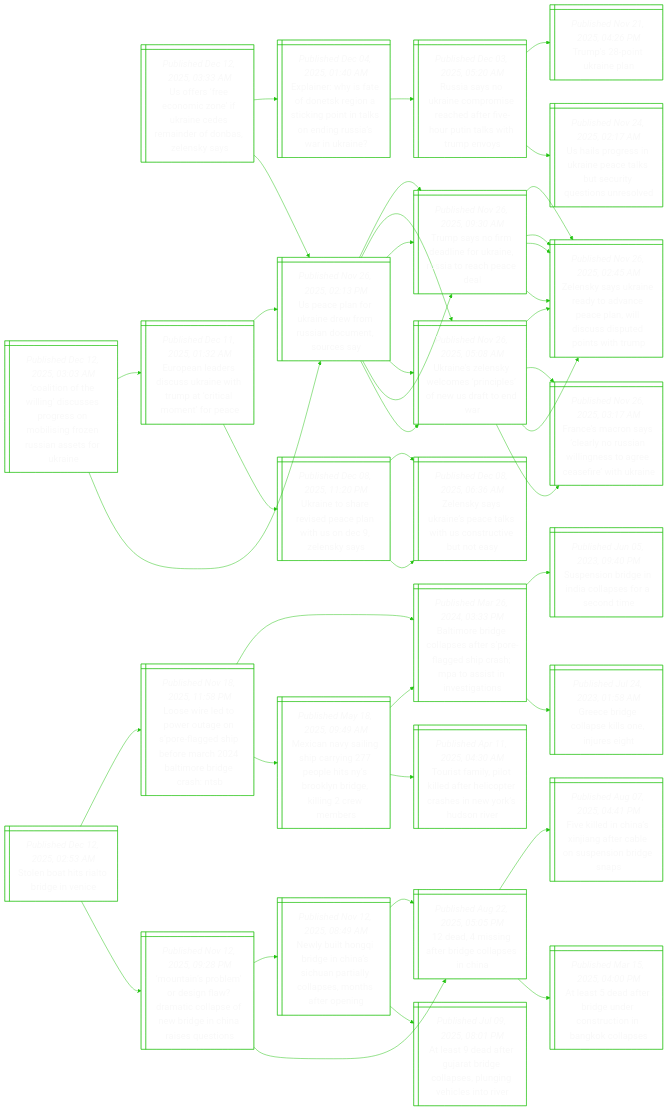
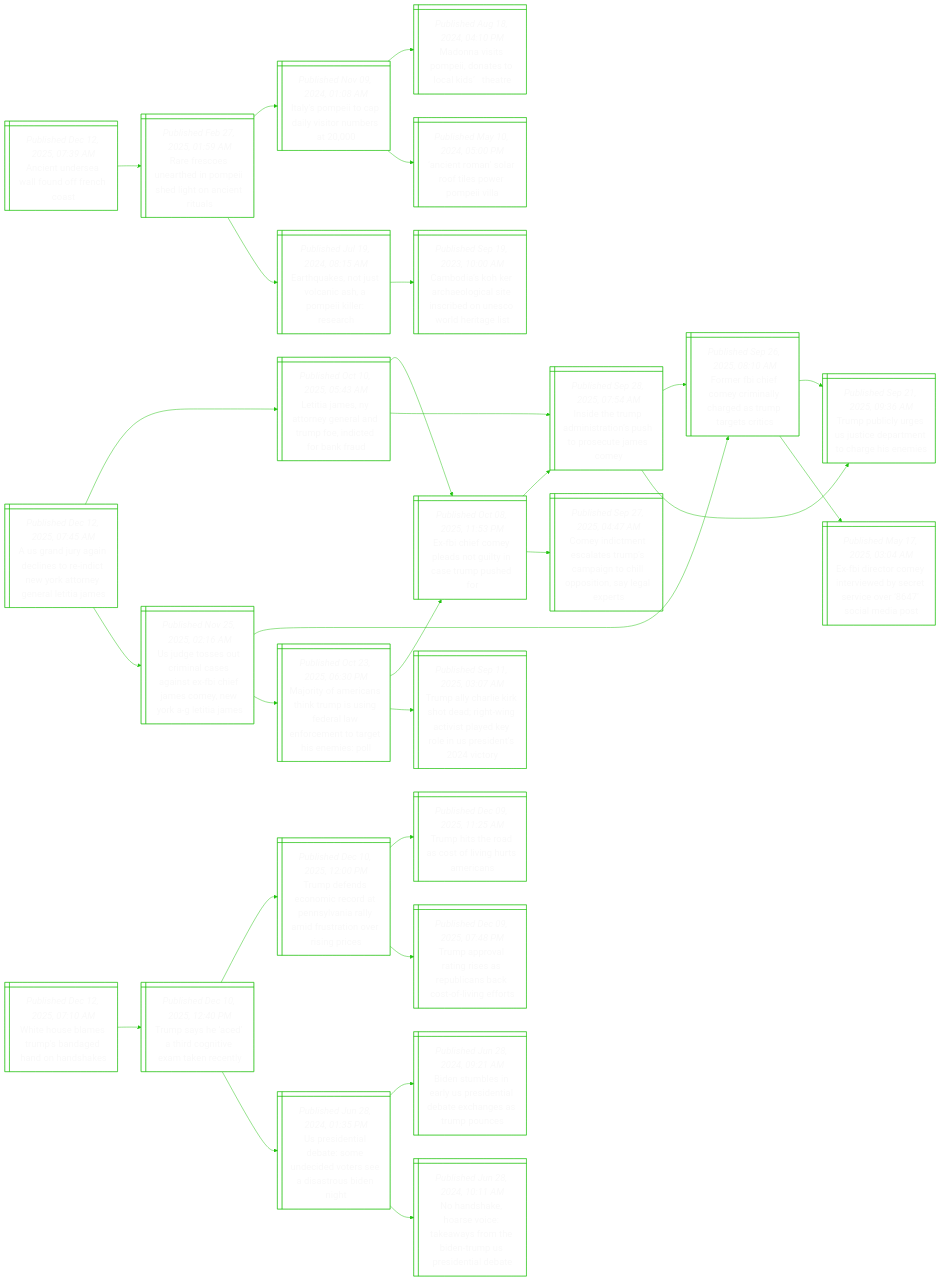
Before and after one commit to notJmes/notJmes: the diagram in README.md, drawn with Mermaid. The commit also changed other lines of this file, not shown here.

````diff
--- a/README.md
+++ b/README.md
@@ -16,133 +16,97 @@
 flowchart LR
 classDef txtsize font-size:20px;
 
-UeenzfidmeoZsy@{ shape: win-pane, label: "_Published Dec 12, 2025, 03:33 AM_
-Us offers ‘free economic zone’ if ukraine cedes remainder of donbas, zelensky says" }
-EihaDsitnnannsake@{ shape: win-pane, label: "_Published Dec 04, 2025, 01:40 AM_
-Explainer: why is fate of donetsk region a sticking point in talks on ending russia’s war in ukraine?" }
-Ranaomedrhuaiuv@{ shape: win-pane, label: "_Published Dec 03, 2025, 05:20 AM_
-Russia says no ukraine compromise reached after five-hour putin talks with trump envoys" }
-Tstia@{ shape: win-pane, label: "_Published Nov 21, 2025, 04:26 PM_
-Trump’s 28-point ukraine plan" }
-Ulgiaeauuqinl@{ shape: win-pane, label: "_Published Nov 24, 2025, 02:17 AM_
-Us hails progress in ukraine peace talks but security questions unresolved" }
-Ucnkefunmos@{ shape: win-pane, label: "_Published Nov 26, 2025, 02:13 PM_
-Us peace plan for ukraine drew from russian document, sources say" }
-Tsodirisohe@{ shape: win-pane, label: "_Published Nov 26, 2025, 09:30 AM_
-Trump says no firm deadline for ukraine, russia to reach peace deal" }
-Zsyaeonaalusdthp@{ shape: win-pane, label: "_Published Nov 26, 2025, 02:45 AM_
-Zelensky says ukraine ready to advance peace plan, will discuss disputed points with trump" }
-Zsyaeonaalusdthp@{ shape: win-pane, label: "_Published Nov 26, 2025, 02:45 AM_
-Zelensky says ukraine ready to advance peace plan, will discuss disputed points with trump" }
-UnlyorpfStd@{ shape: win-pane, label: "_Published Nov 26, 2025, 05:08 AM_
-Ukraine’s zelensky welcomes ‘principles’ of new us draft to end war" }
-Zsyaeonaalusdthp@{ shape: win-pane, label: "_Published Nov 26, 2025, 02:45 AM_
-Zelensky says ukraine ready to advance peace plan, will discuss disputed points with trump" }
-Feryaoilnoeewke@{ shape: win-pane, label: "_Published Nov 26, 2025, 03:17 AM_
-France’s macron says ‘clearly no russian willingness to agree ceasefire’ with ukraine" }
+AariltnNrogaia@{ shape: win-pane, label: "_Published Dec 12, 2025, 07:45 AM_
+A us grand jury again declines to re-indict new york attorney general letitia james" }
+Lieteenmitrf@{ shape: win-pane, label: "_Published Oct 10, 2025, 05:43 AM_
+Letitia james, ny attorney general and trump foe, indicted for bank fraud" }
+EcCpsuiepe@{ shape: win-pane, label: "_Published Oct 08, 2025, 11:53 PM_
+Ex-fbi chief comey pleads not guilty in case trump pushed for" }
+Ierdsiupcao@{ shape: win-pane, label: "_Published Sep 28, 2025, 07:54 AM_
+Inside the trump administration’s push to prosecute james comey" }
+Citearcicoisgp@{ shape: win-pane, label: "_Published Sep 27, 2025, 04:47 AM_
+Comey indictment escalates trump’s campaign to chill opposition, say legal experts" }
+Ierdsiupcao@{ shape: win-pane, label: "_Published Sep 28, 2025, 07:54 AM_
+Inside the trump administration’s push to prosecute james comey" }
+Frhorahdurcc@{ shape: win-pane, label: "_Published Sep 26, 2025, 08:10 AM_
+Former fbi chief comey criminally charged as trump targets critics" }
+TpcgJcanhhe@{ shape: win-pane, label: "_Published Sep 21, 2025, 09:36 AM_
+Trump publicly urges us justice department to charge his enemies" }
+UgstiagtIfsyoLie@{ shape: win-pane, label: "_Published Nov 25, 2025, 02:16 AM_
+Us judge tosses out criminal cases against ex-fbi chief james comey, new york a-g letitia james" }
+Frhorahdurcc@{ shape: win-pane, label: "_Published Sep 26, 2025, 08:10 AM_
+Former fbi chief comey criminally charged as trump targets critics" }
+TpcgJcanhhe@{ shape: win-pane, label: "_Published Sep 21, 2025, 09:36 AM_
+Trump publicly urges us justice department to charge his enemies" }
+Edtmteyevvceo@{ shape: win-pane, label: "_Published May 17, 2025, 03:04 AM_
+Ex-fbi director comey interviewed by secret service over ‘8647’ social media post" }
+MiAchrsgrwrnaheP@{ shape: win-pane, label: "_Published Oct 23, 2025, 06:30 PM_
+Majority of americans think trump is using federal law enforcement to target his enemies: poll" }
+EcCpsuiepe@{ shape: win-pane, label: "_Published Oct 08, 2025, 11:53 PM_
+Ex-fbi chief comey pleads not guilty in case trump pushed for" }
+TahesegnipdoUstt@{ shape: win-pane, label: "_Published Sep 11, 2025, 03:07 AM_
+Trump ally charlie kirk shot dead; right-wing activist played key role in us president’s 2024 victory" }
 
-UeenzfidmeoZsy:::txtsize --> EihaDsitnnannsake:::txtsize
-EihaDsitnnannsake:::txtsize --> Ranaomedrhuaiuv:::txtsize
-Ranaomedrhuaiuv:::txtsize --> Tstia:::txtsize
-Ranaomedrhuaiuv:::txtsize --> Ulgiaeauuqinl:::txtsize
-UeenzfidmeoZsy:::txtsize --> Ucnkefunmos:::txtsize
-Ucnkefunmos:::txtsize --> Tsodirisohe:::txtsize
-Tsodirisohe:::txtsize --> Zsyaeonaalusdthp:::txtsize
-Tsodirisohe:::txtsize --> Zsyaeonaalusdthp:::txtsize
-Ucnkefunmos:::txtsize --> UnlyorpfStd:::txtsize
-UnlyorpfStd:::txtsize --> Zsyaeonaalusdthp:::txtsize
-UnlyorpfStd:::txtsize --> Feryaoilnoeewke:::txtsize
+AariltnNrogaia:::txtsize --> Lieteenmitrf:::txtsize
+Lieteenmitrf:::txtsize --> EcCpsuiepe:::txtsize
+EcCpsuiepe:::txtsize --> Ierdsiupcao:::txtsize
+EcCpsuiepe:::txtsize --> Citearcicoisgp:::txtsize
+Lieteenmitrf:::txtsize --> Ierdsiupcao:::txtsize
+Ierdsiupcao:::txtsize --> Frhorahdurcc:::txtsize
+Ierdsiupcao:::txtsize --> TpcgJcanhhe:::txtsize
+AariltnNrogaia:::txtsize --> UgstiagtIfsyoLie:::txtsize
+UgstiagtIfsyoLie:::txtsize --> Frhorahdurcc:::txtsize
+Frhorahdurcc:::txtsize --> TpcgJcanhhe:::txtsize
+Frhorahdurcc:::txtsize --> Edtmteyevvceo:::txtsize
+UgstiagtIfsyoLie:::txtsize --> MiAchrsgrwrnaheP:::txtsize
+MiAchrsgrwrnaheP:::txtsize --> EcCpsuiepe:::txtsize
+MiAchrsgrwrnaheP:::txtsize --> TahesegnipdoUstt:::txtsize
 
-Ctfigupemifnisoa@{ shape: win-pane, label: "_Published Dec 12, 2025, 03:03 AM_
-‘coalition of the willing’ discusses progress on mobilising frozen russian assets for ukraine" }
-Eeadsaiuccmoc@{ shape: win-pane, label: "_Published Dec 11, 2025, 01:32 AM_
-European leaders discuss ukraine with trump at ‘critical moment’ for peace" }
-Ucnkefunmos@{ shape: win-pane, label: "_Published Nov 26, 2025, 02:13 PM_
-Us peace plan for ukraine drew from russian document, sources say" }
-Tsodirisohe@{ shape: win-pane, label: "_Published Nov 26, 2025, 09:30 AM_
-Trump says no firm deadline for ukraine, russia to reach peace deal" }
-UnlyorpfStd@{ shape: win-pane, label: "_Published Nov 26, 2025, 05:08 AM_
-Ukraine’s zelensky welcomes ‘principles’ of new us draft to end war" }
-UnhedewScna@{ shape: win-pane, label: "_Published Dec 08, 2025, 11:20 PM_
-Ukraine to share revised peace plan with us on dec 9, zelensky says" }
-ZsyaptwStita@{ shape: win-pane, label: "_Published Dec 08, 2025, 06:36 AM_
-Zelensky says ukraine’s peace talks with us constructive but not easy" }
-ZsyaptwStita@{ shape: win-pane, label: "_Published Dec 08, 2025, 06:36 AM_
-Zelensky says ukraine’s peace talks with us constructive but not easy" }
-Ucnkefunmos@{ shape: win-pane, label: "_Published Nov 26, 2025, 02:13 PM_
-Us peace plan for ukraine drew from russian document, sources say" }
-Tsodirisohe@{ shape: win-pane, label: "_Published Nov 26, 2025, 09:30 AM_
-Trump says no firm deadline for ukraine, russia to reach peace deal" }
-Zsyaeonaalusdthp@{ shape: win-pane, label: "_Published Nov 26, 2025, 02:45 AM_
-Zelensky says ukraine ready to advance peace plan, will discuss disputed points with trump" }
-Zsyaeonaalusdthp@{ shape: win-pane, label: "_Published Nov 26, 2025, 02:45 AM_
-Zelensky says ukraine ready to advance peace plan, will discuss disputed points with trump" }
-UnlyorpfStd@{ shape: win-pane, label: "_Published Nov 26, 2025, 05:08 AM_
-Ukraine’s zelensky welcomes ‘principles’ of new us draft to end war" }
-Zsyaeonaalusdthp@{ shape: win-pane, label: "_Published Nov 26, 2025, 02:45 AM_
-Zelensky says ukraine ready to advance peace plan, will discuss disputed points with trump" }
-Feryaoilnoeewke@{ shape: win-pane, label: "_Published Nov 26, 2025, 03:17 AM_
-France’s macron says ‘clearly no russian willingness to agree ceasefire’ with ukraine" }
+Anewofna@{ shape: win-pane, label: "_Published Dec 12, 2025, 07:39 AM_
+Ancient undersea wall found off french coast" }
+Rreadmsinet@{ shape: win-pane, label: "_Published Feb 27, 2025, 01:59 AM_
+Rare frescoes unearthed in pompeii shed light on ancient rituals" }
+Isecisnr@{ shape: win-pane, label: "_Published Nov 09, 2024, 01:08 AM_
+Italy's pompeii to cap daily visitor numbers at 20,000" }
+Mnimdeoie@{ shape: win-pane, label: "_Published Aug 18, 2024, 04:10 PM_
+Madonna visits pompeii, donates to local kids’   theatre" }
+Anaafsrel@{ shape: win-pane, label: "_Published May 10, 2024, 05:00 PM_
+‘ancient roman’ solar roof tiles power pompeii villa" }
+EqsulcPilsh@{ shape: win-pane, label: "_Published Jul 19, 2024, 08:15 AM_
+Earthquakes, not just volcanic ash, a pompeii killer: research" }
+CdoaeiisenWHas@{ shape: win-pane, label: "_Published Sep 19, 2023, 10:00 AM_
+Cambodia’s koh ker archaeological site inscribed on unesco world heritage list" }
 
-Ctfigupemifnisoa:::txtsize --> Eeadsaiuccmoc:::txtsize
-Eeadsaiuccmoc:::txtsize --> Ucnkefunmos:::txtsize
-Ucnkefunmos:::txtsize --> Tsodirisohe:::txtsize
-Ucnkefunmos:::txtsize --> UnlyorpfStd:::txtsize
-Eeadsaiuccmoc:::txtsize --> UnhedewScna:::txtsize
-UnhedewScna:::txtsize --> ZsyaptwStita:::txtsize
-UnhedewScna:::txtsize --> ZsyaptwStita:::txtsize
-Ctfigupemifnisoa:::txtsize --> Ucnkefunmos:::txtsize
-Ucnkefunmos:::txtsize --> Tsodirisohe:::txtsize
-Tsodirisohe:::txtsize --> Zsyaeonaalusdthp:::txtsize
-Tsodirisohe:::txtsize --> Zsyaeonaalusdthp:::txtsize
-Ucnkefunmos:::txtsize --> UnlyorpfStd:::txtsize
-UnlyorpfStd:::txtsize --> Zsyaeonaalusdthp:::txtsize
-UnlyorpfStd:::txtsize --> Feryaoilnoeewke:::txtsize
+Anewofna:::txtsize --> Rreadmsinet:::txtsize
+Rreadmsinet:::txtsize --> Isecisnr:::txtsize
+Isecisnr:::txtsize --> Mnimdeoie:::txtsize
+Isecisnr:::txtsize --> Anaafsrel:::txtsize
+Rreadmsinet:::txtsize --> EqsulcPilsh:::txtsize
+EqsulcPilsh:::txtsize --> CdoaeiisenWHas:::txtsize
 
-SnhiBen@{ shape: win-pane, label: "_Published Dec 12, 2025, 02:53 AM_
-Stolen boat hits rialto bridge in venice" }
-LweouorghfaaoirT@{ shape: win-pane, label: "_Published Nov 18, 2025, 11:58 PM_
-Loose wire led to power outage on s’pore-flagged ship before march 2024 baltimore bridge crash: ntsb" }
-BmrcpfpldcMatvgn@{ shape: win-pane, label: "_Published Mar 26, 2024, 03:33 PM_
-Baltimore bridge collapses after s’pore-flagged ship crash; mpa to assist in investigations" }
-Snbedleane@{ shape: win-pane, label: "_Published Jun 05, 2023, 09:40 PM_
-Suspension bridge in india collapses for a second time" }
-Geglkoje@{ shape: win-pane, label: "_Published Jul 24, 2023, 01:58 AM_
-Greece bridge collapse kills one, injures eight" }
-MayiirpeNonglrm@{ shape: win-pane, label: "_Published May 18, 2025, 09:49 AM_
-Mexican navy sailing ship carrying 277 people hits ny’s brooklyn bridge, killing 2 crew members" }
-BmrcpfpldcMatvgn@{ shape: win-pane, label: "_Published Mar 26, 2024, 03:33 PM_
-Baltimore bridge collapses after s’pore-flagged ship crash; mpa to assist in investigations" }
-Tsillfeprswsoe@{ shape: win-pane, label: "_Published Apr 11, 2025, 04:30 AM_
-Tourist family, pilot killed after helicopter crashes in new york’s hudson river" }
-Marmslacafrinsen@{ shape: win-pane, label: "_Published Nov 12, 2025, 09:28 PM_
-‘mountain’s problem’ or design flaw? dramatic collapse of new bridge in china raises questions" }
-NbHighSatyamsri@{ shape: win-pane, label: "_Published Nov 12, 2025, 08:49 AM_
-Newly built hongqi bridge in china’s sichuan partially collapses, months after opening" }
-digrglsi@{ shape: win-pane, label: "_Published Aug 22, 2025, 05:05 PM_
-12 dead, 4 missing after bridge collapses in china" }
-Asdrriosugcnv@{ shape: win-pane, label: "_Published Jul 09, 2025, 08:01 PM_
-At least 9 dead after gujarat bridge collapses, plunging vehicles into river" }
-digrglsi@{ shape: win-pane, label: "_Published Aug 22, 2025, 05:05 PM_
-12 dead, 4 missing after bridge collapses in china" }
-Fiinngresiin@{ shape: win-pane, label: "_Published Aug 07, 2025, 04:41 PM_
-Five killed in china’s xinjiang after cable on suspension bridge snaps" }
-Asdrgestnkle@{ shape: win-pane, label: "_Published Mar 15, 2025, 04:00 PM_
-At least 5 dead after bridge under construction in bangkok collapses" }
+WHbspdhnss@{ shape: win-pane, label: "_Published Dec 12, 2025, 07:10 AM_
+White house blames trump's bandaged hand on handshakes" }
+Tseadieael@{ shape: win-pane, label: "_Published Dec 10, 2025, 12:40 PM_
+Trump says he ‘aced’ a third cognitive exam taken recently" }
+Tddnrdnvraraoips@{ shape: win-pane, label: "_Published Dec 10, 2025, 12:00 PM_
+Trump defends economic record at pennsylvania rally amid frustration over rising prices" }
+ThhdsihAc@{ shape: win-pane, label: "_Published Dec 09, 2025, 11:25 AM_
+Trump hits the road as cost of living hurts americans" }
+Tavtisbnkoif@{ shape: win-pane, label: "_Published Dec 09, 2025, 07:48 PM_
+Trump approval rating rises as republicans back cost-of-living efforts" }
+UsteSndtesodg@{ shape: win-pane, label: "_Published Jun 28, 2024, 01:35 PM_
+Us presidential debate: some undecided voters see a disastrous biden night" }
+BsleUsteenspc@{ shape: win-pane, label: "_Published Jun 28, 2024, 09:21 AM_
+Biden stumbles in early us presidential debate exchanges as trump pounces" }
+Ndescestdupdaa@{ shape: win-pane, label: "_Published Jun 28, 2024, 10:11 AM_
+No handshake, hoarse voice: takeaways from the biden-trump us presidential debate" }
 
-SnhiBen:::txtsize --> LweouorghfaaoirT:::txtsize
-LweouorghfaaoirT:::txtsize --> BmrcpfpldcMatvgn:::txtsize
-BmrcpfpldcMatvgn:::txtsize --> Snbedleane:::txtsize
-BmrcpfpldcMatvgn:::txtsize --> Geglkoje:::txtsize
-LweouorghfaaoirT:::txtsize --> MayiirpeNonglrm:::txtsize
-MayiirpeNonglrm:::txtsize --> BmrcpfpldcMatvgn:::txtsize
-MayiirpeNonglrm:::txtsize --> Tsillfeprswsoe:::txtsize
-SnhiBen:::txtsize --> Marmslacafrinsen:::txtsize
-Marmslacafrinsen:::txtsize --> NbHighSatyamsri:::txtsize
-NbHighSatyamsri:::txtsize --> digrglsi:::txtsize
-NbHighSatyamsri:::txtsize --> Asdrriosugcnv:::txtsize
-Marmslacafrinsen:::txtsize --> digrglsi:::txtsize
-digrglsi:::txtsize --> Fiinngresiin:::txtsize
-digrglsi:::txtsize --> Asdrgestnkle:::txtsize
+WHbspdhnss:::txtsize --> Tseadieael:::txtsize
+Tseadieael:::txtsize --> Tddnrdnvraraoips:::txtsize
+Tddnrdnvraraoips:::txtsize --> ThhdsihAc:::txtsize
+Tddnrdnvraraoips:::txtsize --> Tavtisbnkoif:::txtsize
+Tseadieael:::txtsize --> UsteSndtesodg:::txtsize
+UsteSndtesodg:::txtsize --> BsleUsteenspc:::txtsize
+UsteSndtesodg:::txtsize --> Ndescestdupdaa:::txtsize
 
 ```
````
